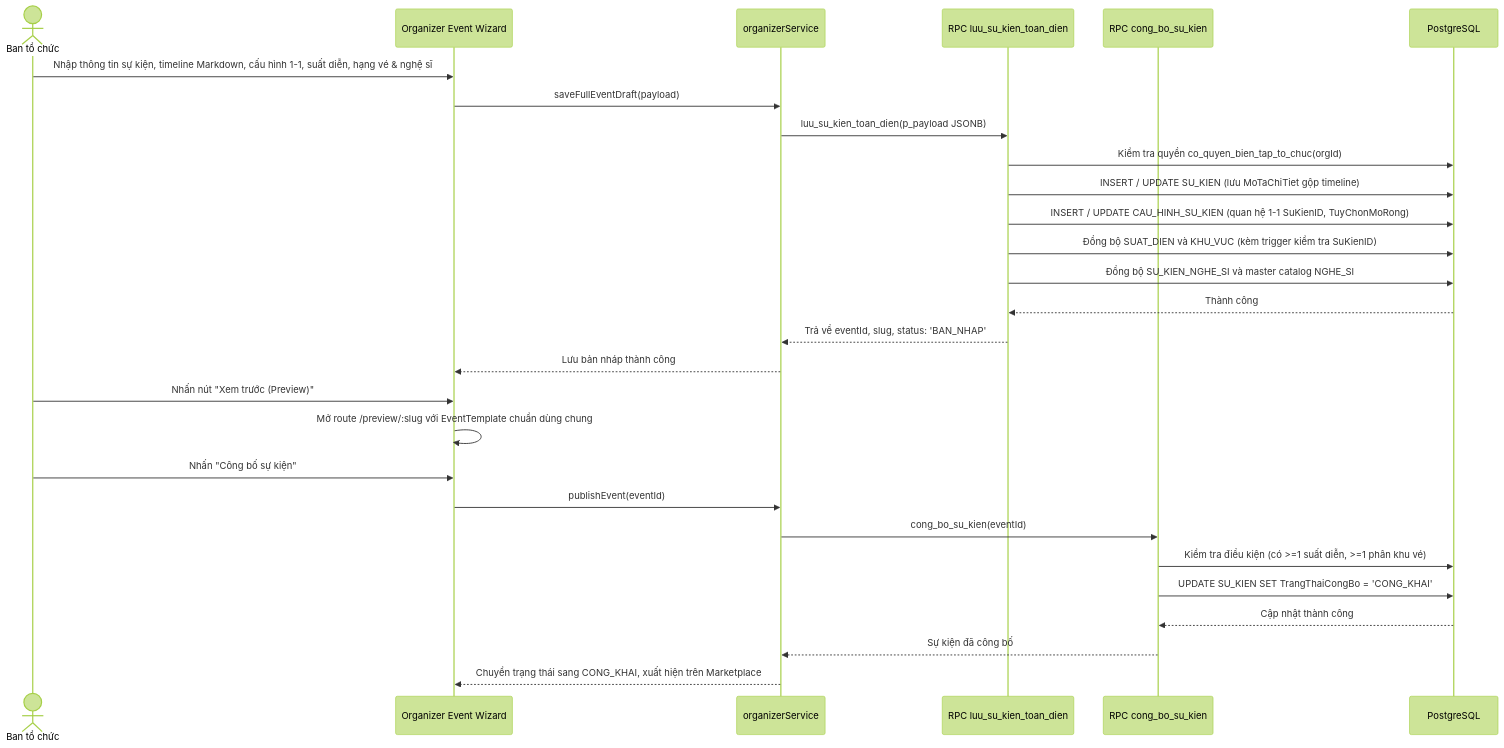
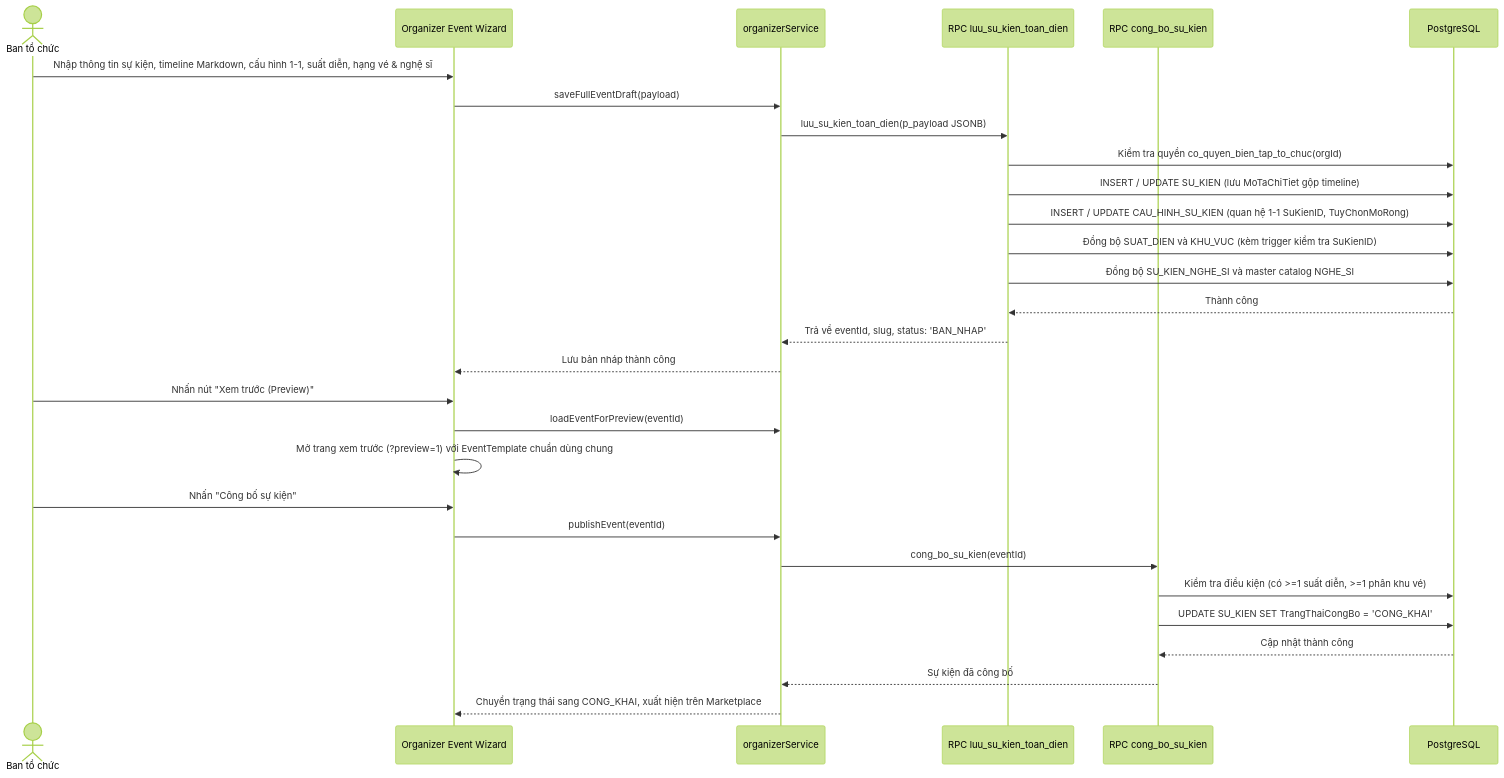
One commit to minhdc2011/EVENTTICKETING changed the tenth of 11 diagrams in docs/sprint1-deliverables/02_ANALYSIS_AND_SYSTEM_DESIGN.md. Above: the diagram before and after it, drawn with Mermaid (forest theme). The commit also changed other lines of this file and 2 other files, not shown here.

First line of the commit message:
docs: align ERD, class diagram and sequences with repo

````diff
--- a/docs/sprint1-deliverables/02_ANALYSIS_AND_SYSTEM_DESIGN.md
+++ b/docs/sprint1-deliverables/02_ANALYSIS_AND_SYSTEM_DESIGN.md
@@ -578,33 +579,34 @@
 ```mermaid
 sequenceDiagram
   actor O as Ban tổ chức
   participant UI as Organizer Event Wizard
   participant OS as organizerService
   participant RPC_SAVE as RPC luu_su_kien_toan_dien
   participant RPC_PUB as RPC cong_bo_su_kien
   participant DB as PostgreSQL
 
   O->>UI: Nhập thông tin sự kiện, timeline Markdown, cấu hình 1-1, suất diễn, hạng vé & nghệ sĩ
   UI->>OS: saveFullEventDraft(payload)
   OS->>RPC_SAVE: luu_su_kien_toan_dien(p_payload JSONB)
   RPC_SAVE->>DB: Kiểm tra quyền co_quyen_bien_tap_to_chuc(orgId)
   RPC_SAVE->>DB: INSERT / UPDATE SU_KIEN (lưu MoTaChiTiet gộp timeline)
   RPC_SAVE->>DB: INSERT / UPDATE CAU_HINH_SU_KIEN (quan hệ 1-1 SuKienID, TuyChonMoRong)
   RPC_SAVE->>DB: Đồng bộ SUAT_DIEN và KHU_VUC (kèm trigger kiểm tra SuKienID)
   RPC_SAVE->>DB: Đồng bộ SU_KIEN_NGHE_SI và master catalog NGHE_SI
   DB-->>RPC_SAVE: Thành công
   RPC_SAVE-->>OS: Trả về eventId, slug, status: 'BAN_NHAP'
   OS-->>UI: Lưu bản nháp thành công
 
   O->>UI: Nhấn nút "Xem trước (Preview)"
-  UI->>UI: Mở route /preview/:slug với EventTemplate chuẩn dùng chung
+  UI->>OS: loadEventForPreview(eventId)
+  UI->>UI: Mở trang xem trước (?preview=1) với EventTemplate chuẩn dùng chung
 
   O->>UI: Nhấn "Công bố sự kiện"
   UI->>OS: publishEvent(eventId)
   OS->>RPC_PUB: cong_bo_su_kien(eventId)
   RPC_PUB->>DB: Kiểm tra điều kiện (có >=1 suất diễn, >=1 phân khu vé)
   RPC_PUB->>DB: UPDATE SU_KIEN SET TrangThaiCongBo = 'CONG_KHAI'
   DB-->>RPC_PUB: Cập nhật thành công
   RPC_PUB-->>OS: Sự kiện đã công bố
   OS-->>UI: Chuyển trạng thái sang CONG_KHAI, xuất hiện trên Marketplace
 ```
````
